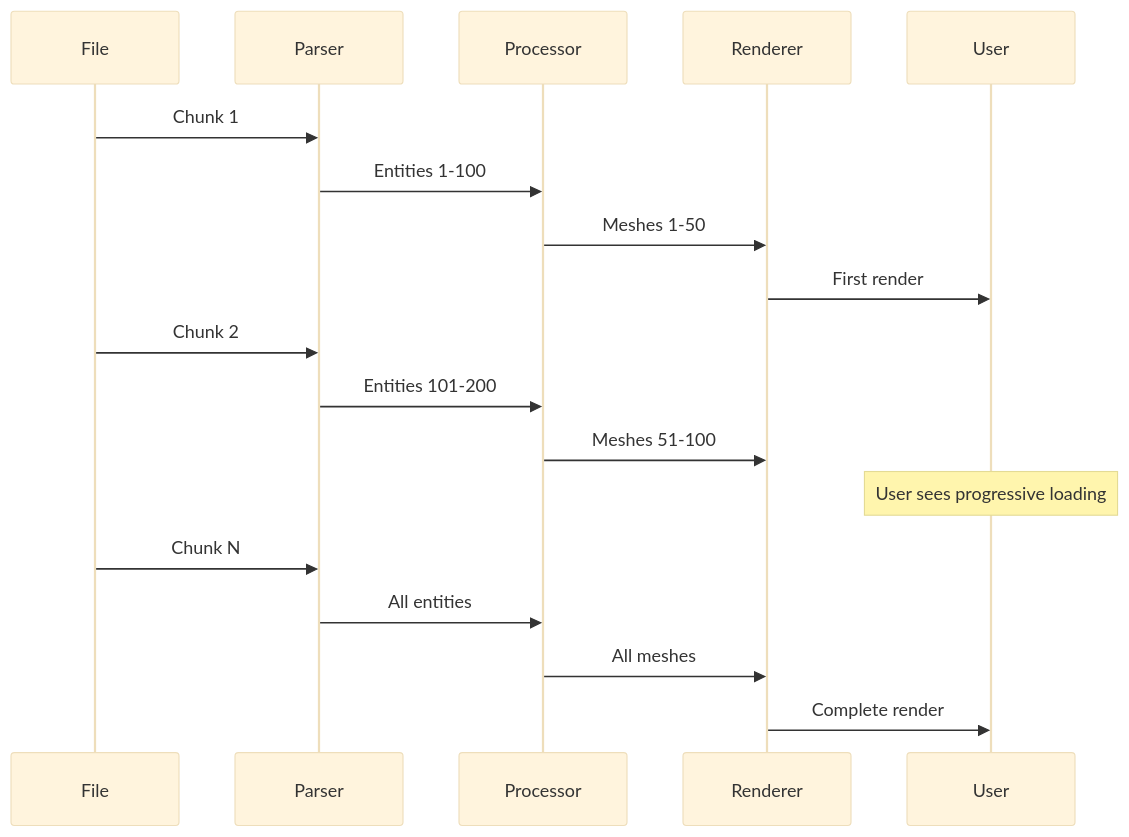
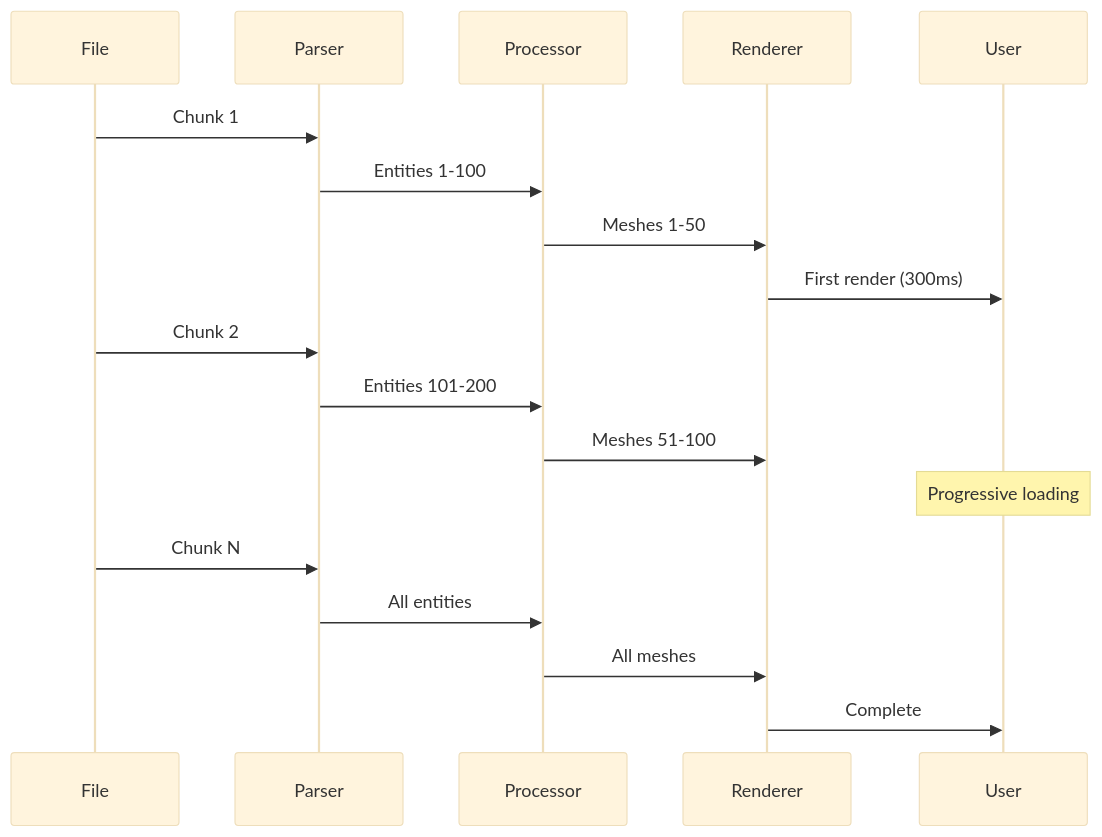
One commit to louistrue/ifc-lite changed the third of 17 diagrams in docs/architecture/overview.md. Above: the diagram before and after it, drawn with Mermaid (base theme). The commit also changed other lines of this file and 7 other files, not shown here.

First line of the commit message:
docs: comprehensive update for server architecture, IFC5 support, and new features

````diff
--- a/docs/architecture/overview.md
+++ b/docs/architecture/overview.md
@@ -81,23 +104,23 @@
 ```mermaid
 sequenceDiagram
     participant File
     participant Parser
     participant Processor
     participant Renderer
     participant User
 
     File->>Parser: Chunk 1
     Parser->>Processor: Entities 1-100
     Processor->>Renderer: Meshes 1-50
-    Renderer->>User: First render
+    Renderer->>User: First render (300ms)
 
     File->>Parser: Chunk 2
     Parser->>Processor: Entities 101-200
     Processor->>Renderer: Meshes 51-100
-    Note over User: User sees progressive loading
+    Note over User: Progressive loading
 
     File->>Parser: Chunk N
     Parser->>Processor: All entities
     Processor->>Renderer: All meshes
-    Renderer->>User: Complete render
+    Renderer->>User: Complete
 ```
````
